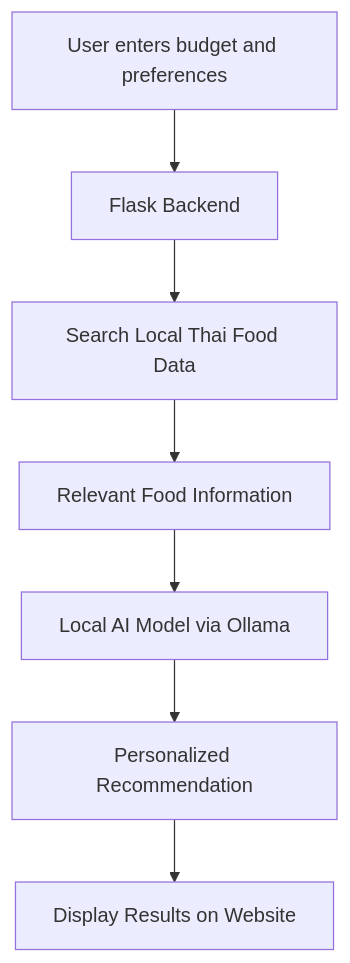
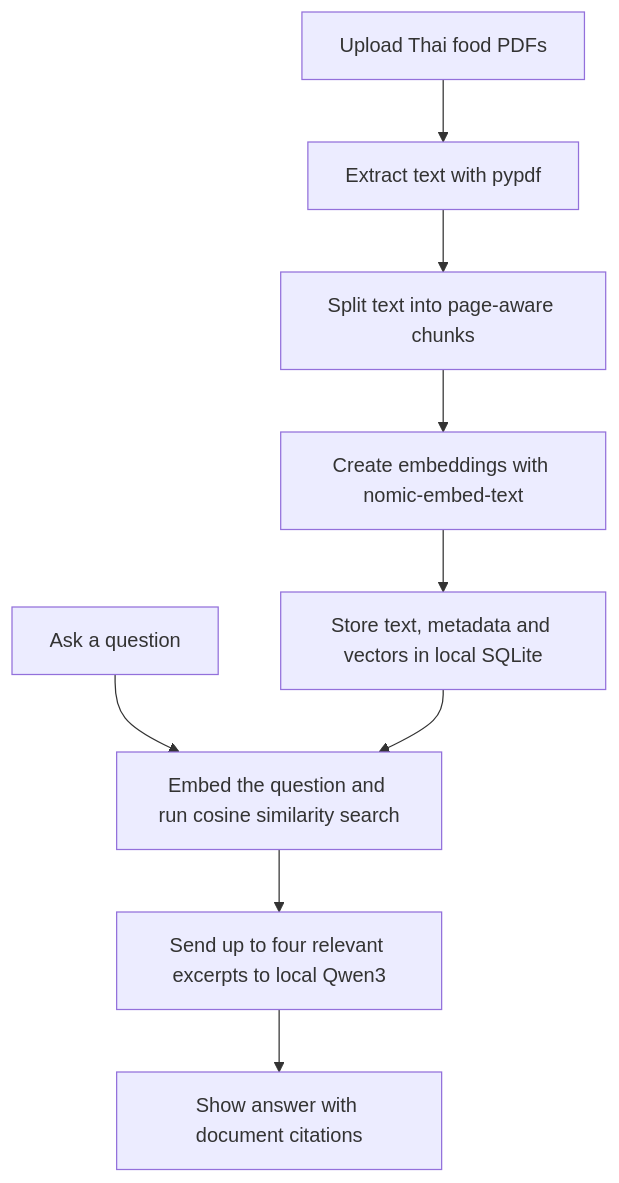
One commit to OfficialJOLO/Aomini changed the diagram in README.md. Above: the diagram before and after it, drawn with Mermaid. The commit also changed other lines of this file and 12 other files, not shown here.

````diff
--- a/README.md
+++ b/README.md
@@ -65,9 +165,11 @@
 ```mermaid
 flowchart TD
-    A[User enters budget and preferences] --> B[Flask Backend]
-    B --> C[Search Local Thai Food Data]
-    C --> D[Relevant Food Information]
-    D --> E[Local AI Model via Ollama]
-    E --> F[Personalized Recommendation]
-    F --> G[Display Results on Website]
+    A[Upload Thai food PDFs] --> B[Extract text with pypdf]
+    B --> C[Split text into page-aware chunks]
+    C --> D[Create embeddings with nomic-embed-text]
+    D --> E[Store text, metadata and vectors in local SQLite]
+    F[Ask a question] --> G[Embed the question and run cosine similarity search]
+    E --> G
+    G --> H[Send up to four relevant excerpts to local Qwen3]
+    H --> I[Show answer with document citations]
 ```
````
